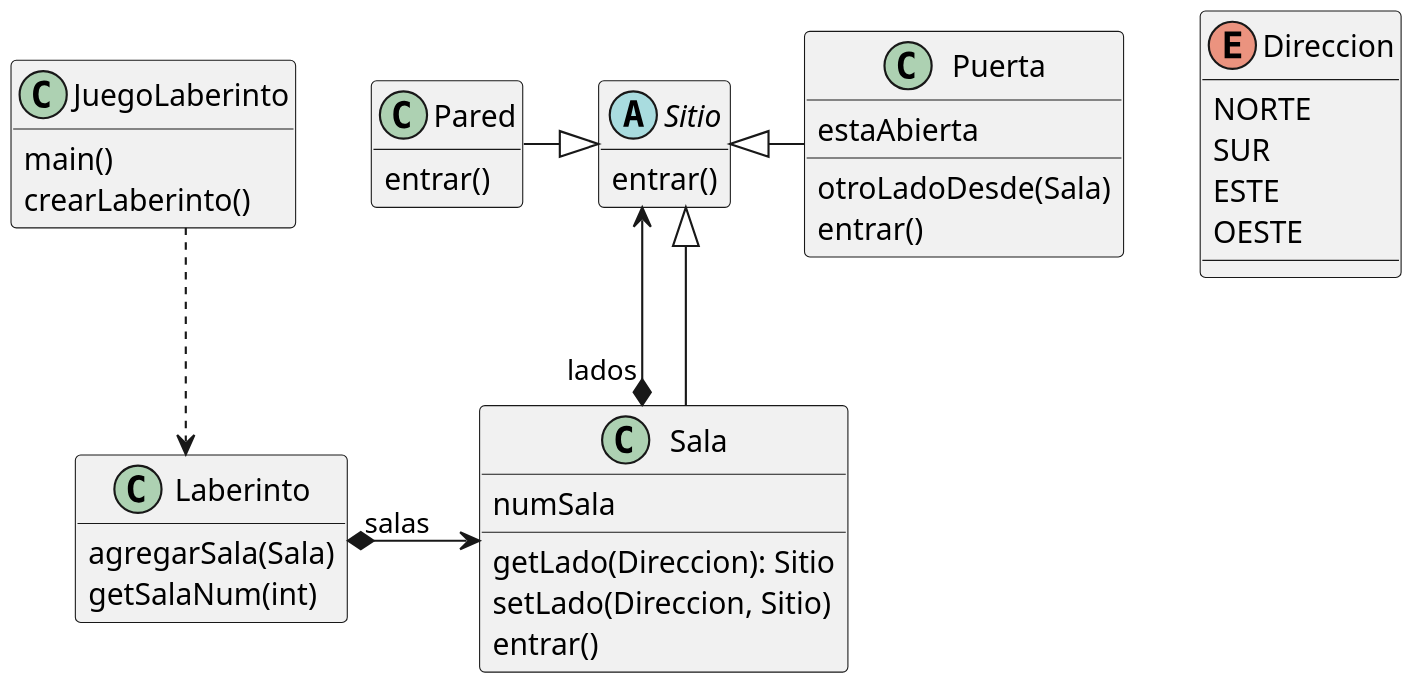
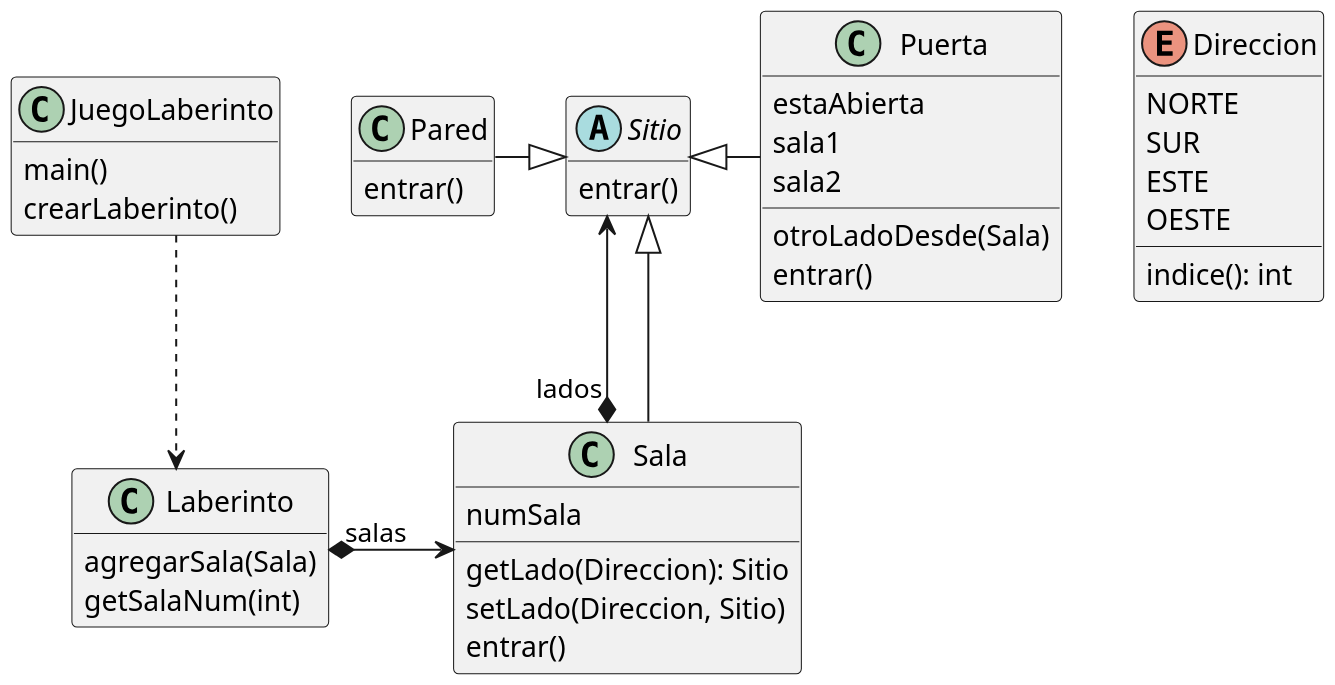
The first of 9 diagrams in slides/diseno/patrones.md (uca-gii/gii-dss), drawn with PlantUML before and after one commit. The commit also changed other lines of this file, not shown here.

```diff
--- a/slides/diseno/patrones.md
+++ b/slides/diseno/patrones.md
@@ -191,60 +191,63 @@
 @startuml
 top to bottom direction
 scale 1024 width
 scale 650 height
 skinparam linetype ortho
 skinparam classAttributeIconSize 0
 
 enum Direccion {
   NORTE
   SUR
   ESTE
   OESTE
+  {method} indice(): int
 }
 
 class JuegoLaberinto {
   {method} main()
   {method} crearLaberinto()
 }
 
 abstract class Sitio{
   {method} entrar()
 }
 
 class Sala{
   {field} numSala
   {method} getLado(Direccion): Sitio
   {method} setLado(Direccion, Sitio)
   {method} entrar()
 }
 
 class Puerta{
   {field} estaAbierta
+  {field} sala1
+  {field} sala2
   {method} otroLadoDesde(Sala)
   {method} entrar()
 }
 
 class Pared{
   {method} entrar()
 }
 
 class Laberinto{
   {method} agregarSala(Sala)
   {method} getSalaNum(int)
 }
 
 JuegoLaberinto .down.> Laberinto
 
 Sala "lados" *-up-> Sitio
 Sitio <|-left- Pared
 Sitio <|-right- Puerta
 Sitio <|-down- Sala
 Laberinto "salas" *-right-> Sala
 
 hide members
 show methods
 show Direccion members
 show Sala members
 show Puerta members
 
 @enduml
```
